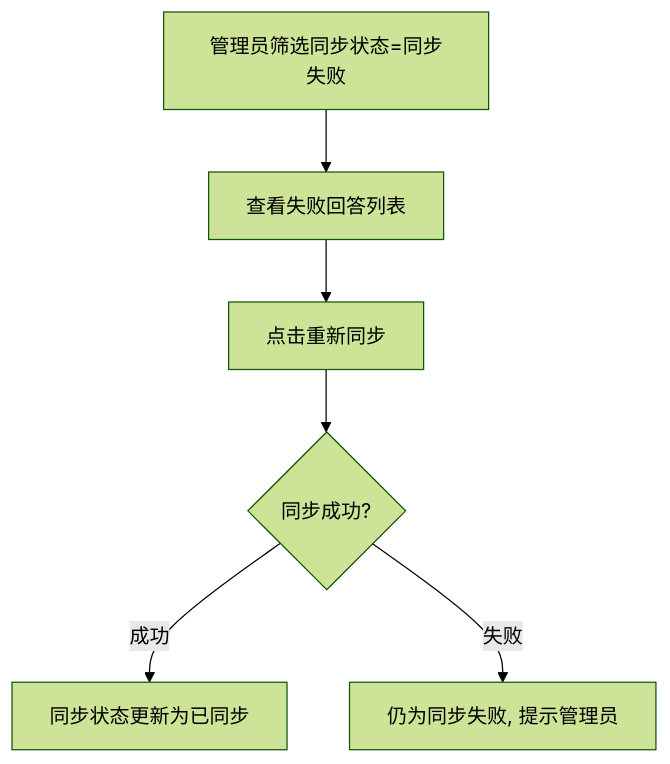
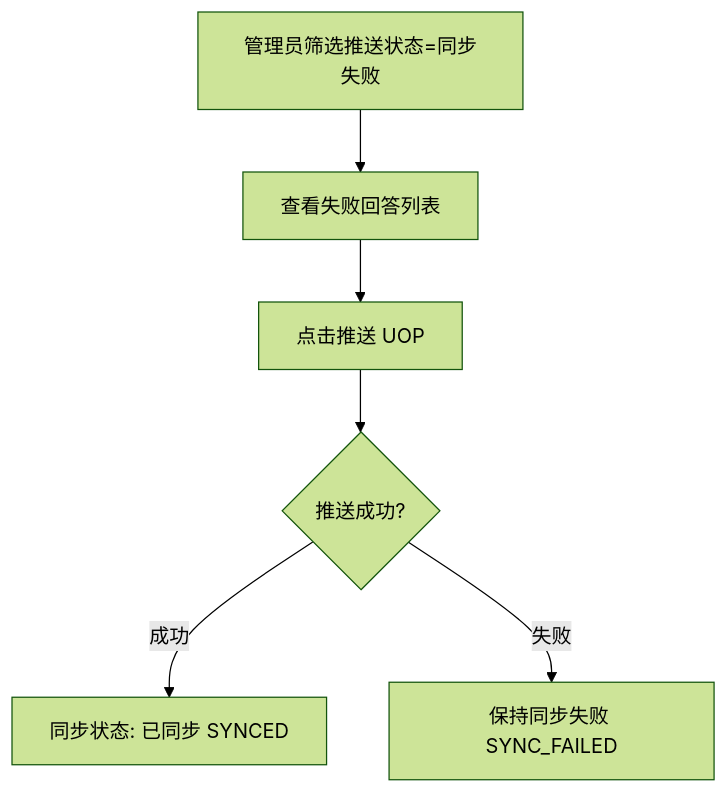
Before and after one commit to PM-Billy/engineer-online: the second of 5 diagrams in requirement/modules/05.08-回答管理（管理后台）.md, drawn with Mermaid (forest theme). The commit also changed other lines of this file and 5 other files, not shown here.

````diff
--- a/requirement/modules/05.08-回答管理（管理后台）.md
+++ b/requirement/modules/05.08-回答管理（管理后台）.md
@@ -118,8 +122,8 @@
 ```mermaid
 flowchart TD
-    A[管理员筛选同步状态=同步失败] --> B[查看失败回答列表]
-    B --> C[点击重新同步]
-    C --> D{同步成功?}
-    D -->|成功| E[同步状态更新为已同步]
-    D -->|失败| F[仍为同步失败, 提示管理员]
+    A[管理员筛选推送状态=同步失败] --> B[查看失败回答列表]
+    B --> C[点击推送 UOP]
+    C --> D{推送成功?}
+    D -->|成功| E[同步状态: 已同步 SYNCED]
+    D -->|失败| F[保持同步失败 SYNC_FAILED]
 ```
````
